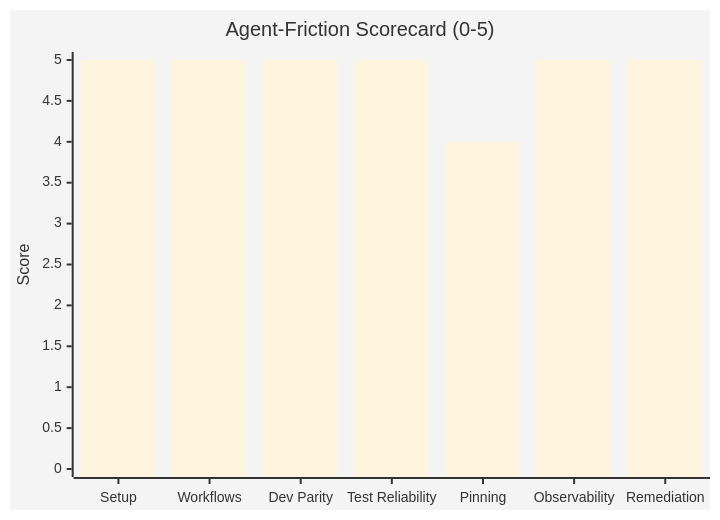
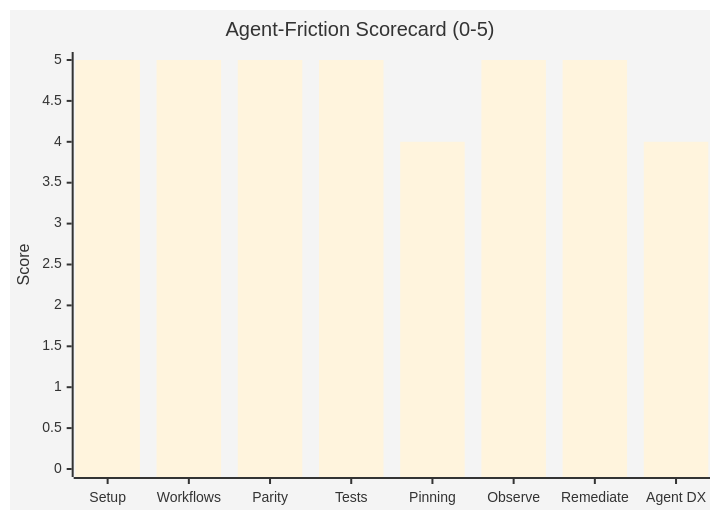
The third of 6 diagrams in docs/product-roadmap/README.md (jbejenar/ripple-next), drawn with Mermaid before and after one commit. The commit also changed other lines of this file and 7 other files, not shown here.

First line of the commit message:
docs: advance roadmap to v5.0.0 with AI-first workflow strategy (ADR-018)

````diff
--- a/docs/product-roadmap/README.md
+++ b/docs/product-roadmap/README.md
@@ -596,8 +723,8 @@
 ```mermaid
 %%{init: {'theme': 'base', 'themeVariables': {'primaryColor': '#6366f1'}}}%%
 xychart-beta
     title "Agent-Friction Scorecard (0-5)"
-    x-axis ["Setup", "Workflows", "Dev Parity", "Test Reliability", "Pinning", "Observability", "Remediation"]
+    x-axis ["Setup", "Workflows", "Parity", "Tests", "Pinning", "Observe", "Remediate", "Agent DX"]
     y-axis "Score" 0 --> 5
-    bar [5, 5, 5, 5, 4, 5, 5]
+    bar [5, 5, 5, 5, 4, 5, 5, 4]
 ```
````
